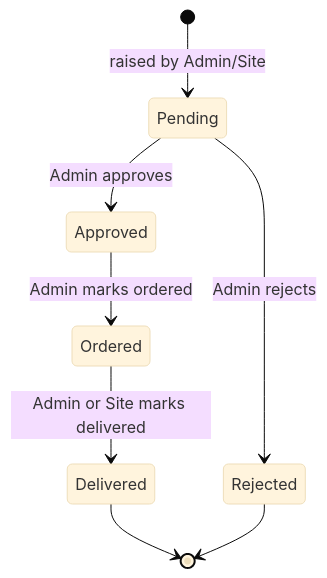
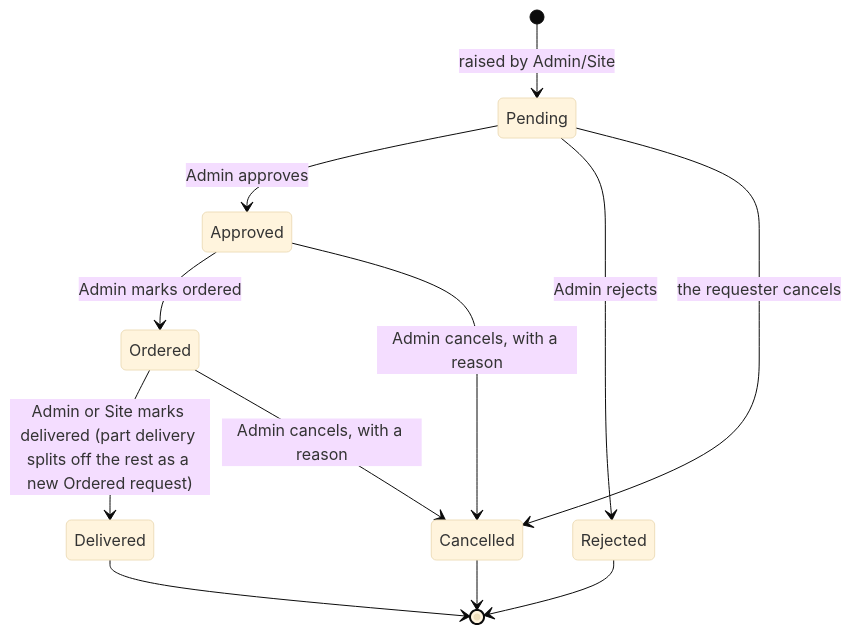
Before and after one commit to ApexStudios-interiors/ApexStudios: the third of 8 diagrams in docs/ui-guide.md, drawn with Mermaid (base theme). The commit also changed other lines of this file and 24 other files, not shown here.

First line of the commit message:
fix(stock): rate on approval, cancel/edit, part delivery, usage, retries, photo cancel

````diff
--- a/docs/ui-guide.md
+++ b/docs/ui-guide.md
@@ -284,10 +298,14 @@
 ```mermaid
 stateDiagram-v2
     [*] --> Pending: raised by Admin/Site
     Pending --> Approved: Admin approves
     Pending --> Rejected: Admin rejects
     Approved --> Ordered: Admin marks ordered
-    Ordered --> Delivered: Admin or Site marks delivered
+    Ordered --> Delivered: Admin or Site marks delivered (part delivery splits off the rest as a new Ordered request)
+    Pending --> Cancelled: the requester cancels
+    Approved --> Cancelled: Admin cancels, with a reason
+    Ordered --> Cancelled: Admin cancels, with a reason
     Delivered --> [*]
     Rejected --> [*]
+    Cancelled --> [*]
 ```
````
